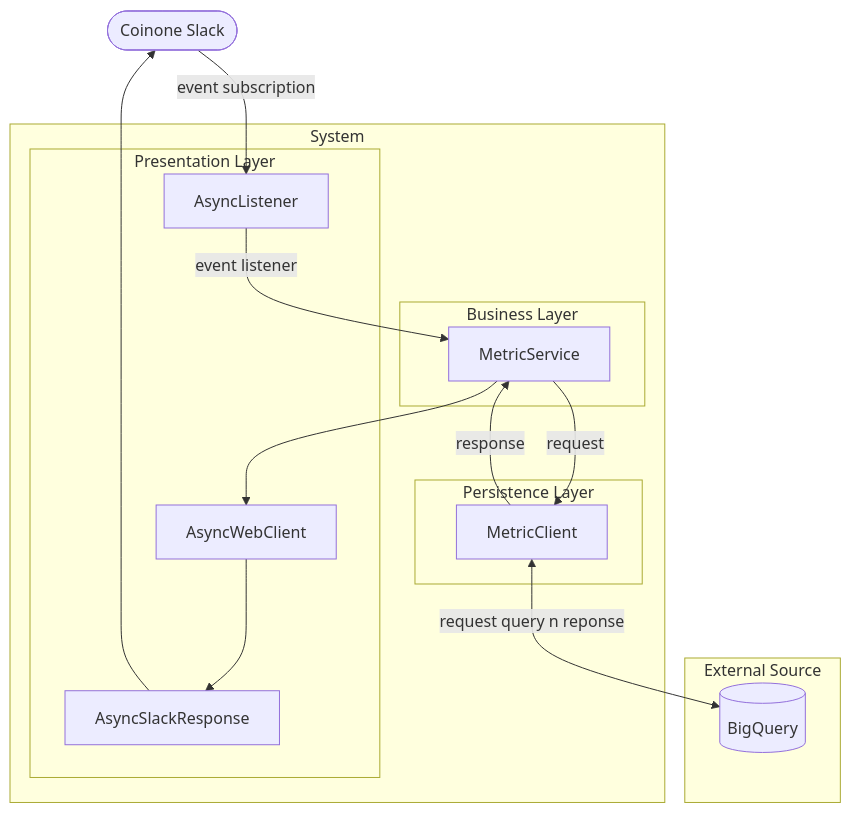
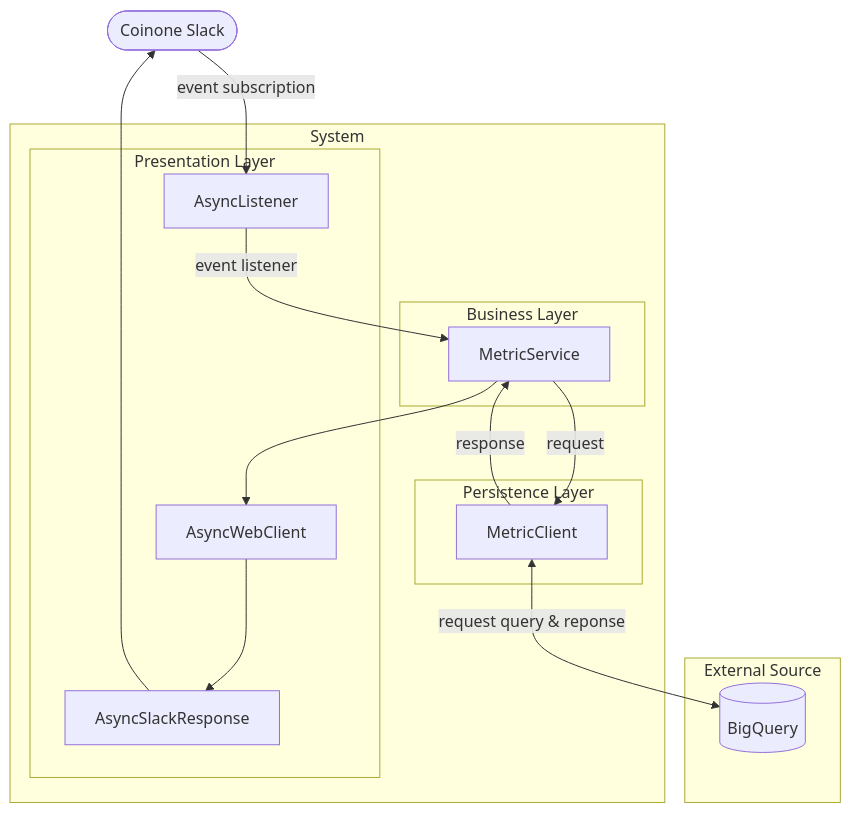
The first of 2 diagrams in src/site/notes/data/dbt/__/dbt-metricstore-sad-cnc-view.md (jx2lee/my-digital-garden), drawn with Mermaid before and after one commit. The commit also changed other lines of this file, not shown here.

Commit message:
Update content src/site/notes/data/dbt/__/dbt-metricstore-sad-cnc-view.md

````diff
--- a/src/site/notes/data/dbt/__/dbt-metricstore-sad-cnc-view.md
+++ b/src/site/notes/data/dbt/__/dbt-metricstore-sad-cnc-view.md
@@ -12,30 +12,30 @@
 ```mermaid
 flowchart TB
     slack(["Coinone Slack"])
     subgraph System
         subgraph 1 [Presentation Layer]
             AsyncListener
             AsyncSlackResponse
             AsyncWebClient
         end
 
         subgraph 2 [Business Layer]
             MetricService
         end
 
         subgraph 3 [Persistence Layer]
             MetricClient
         end
     end
 
     subgraph "External Source"
         bigquery[("BigQuery")]
     end
 
     slack --> |event subscription| AsyncListener
     AsyncListener --> |event listener| MetricService
     MetricService --> |request| MetricClient
     MetricClient --> |response| MetricService
-    MetricClient <--> |request query n reponse| bigquery
+    MetricClient <--> |request query & reponse| bigquery
     MetricService --> AsyncWebClient --> AsyncSlackResponse --> slack
 ```
````
